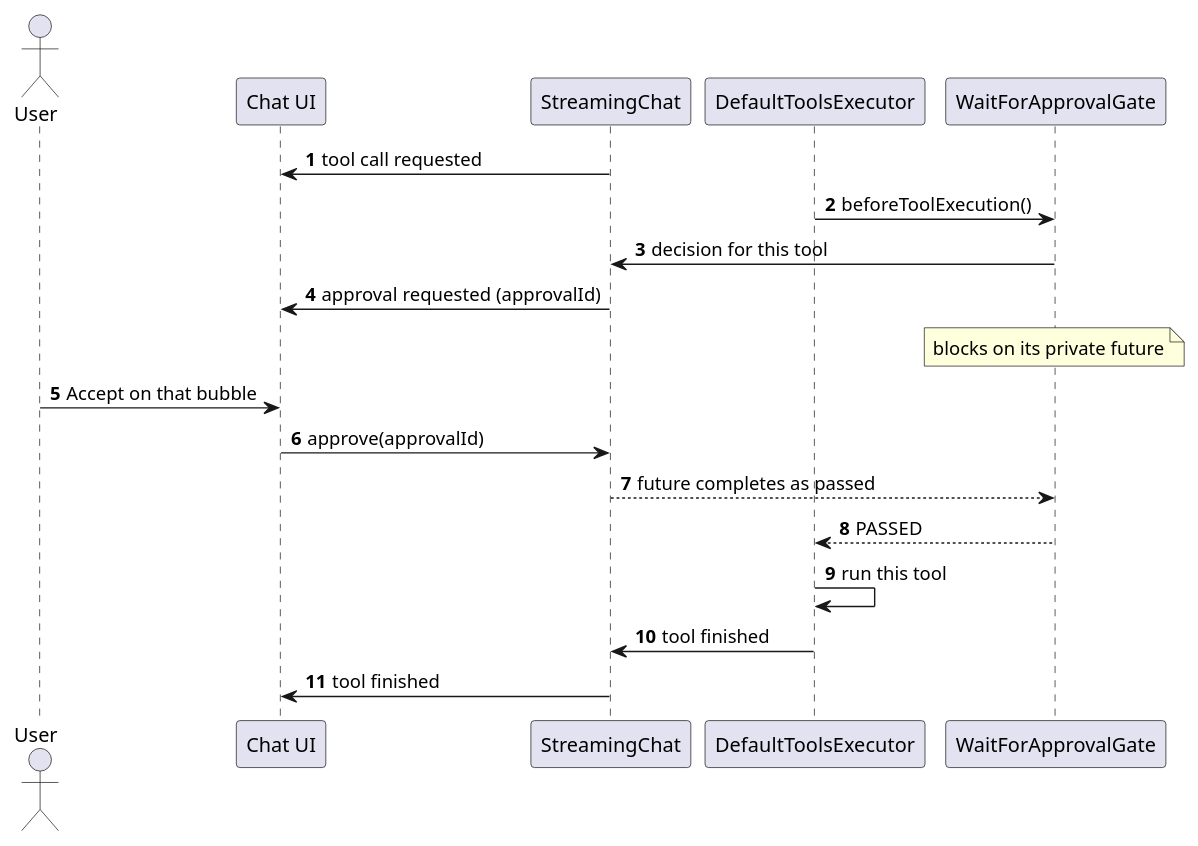
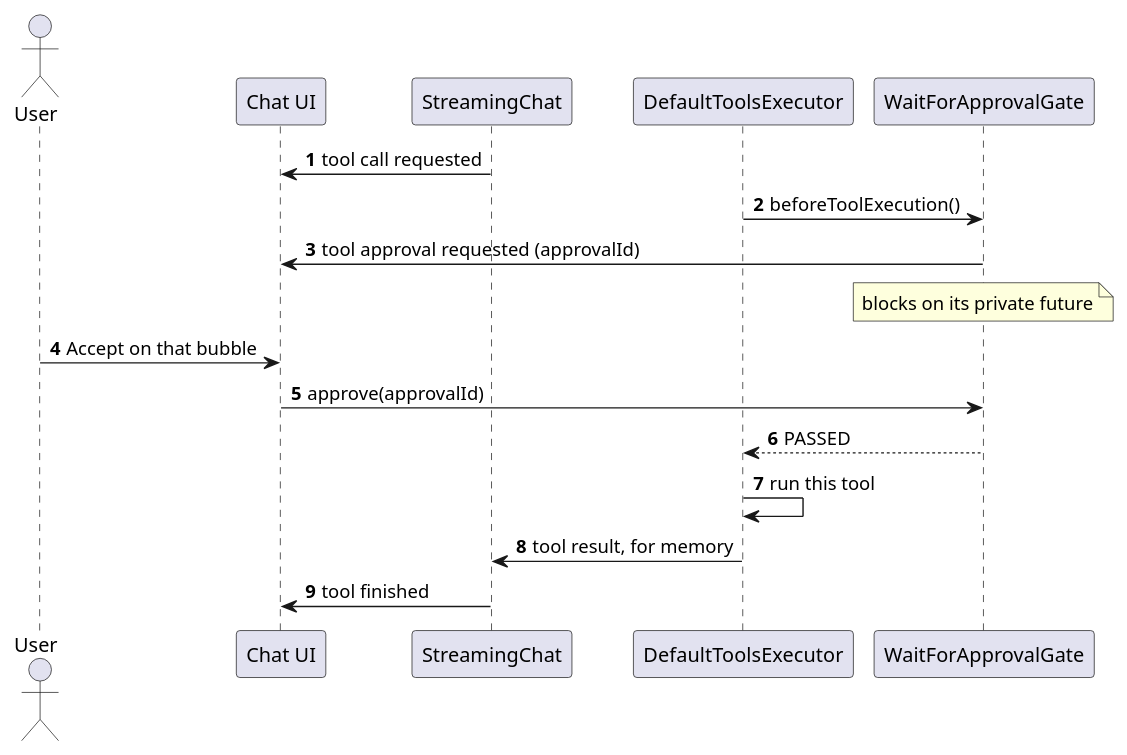
The third of 3 diagrams in docs/StreamingChatArchitecture.adoc (przemSzer/Desktop-LLM-Client), drawn with PlantUML before and after one commit. The commit also changed other lines of this file and 25 other files, not shown here.

Commit message:
documentation for tools approval and for new architecture

```diff
--- a/docs/StreamingChatArchitecture.adoc
+++ b/docs/StreamingChatArchitecture.adoc
@@ -125,26 +144,24 @@
 [plantuml]
 ----
 @startuml
 autonumber
 
 actor User
 participant "Chat UI" as UI
 participant "StreamingChat" as SC
 participant "DefaultToolsExecutor" as EX
 participant "WaitForApprovalGate" as GATE
 
 SC -> UI : tool call requested
 EX -> GATE : beforeToolExecution()
-GATE -> SC : decision for this tool
-SC -> UI : approval requested (approvalId)
+GATE -> UI : tool approval requested (approvalId)
 note over GATE : blocks on its private future
 
 User -> UI : Accept on that bubble
-UI -> SC : approve(approvalId)
-SC --> GATE : future completes as passed
+UI -> GATE : approve(approvalId)
 GATE --> EX : PASSED
 EX -> EX : run this tool
-EX -> SC : tool finished
+EX -> SC : tool result, for memory
 SC -> UI : tool finished
 @enduml
 ----
```
